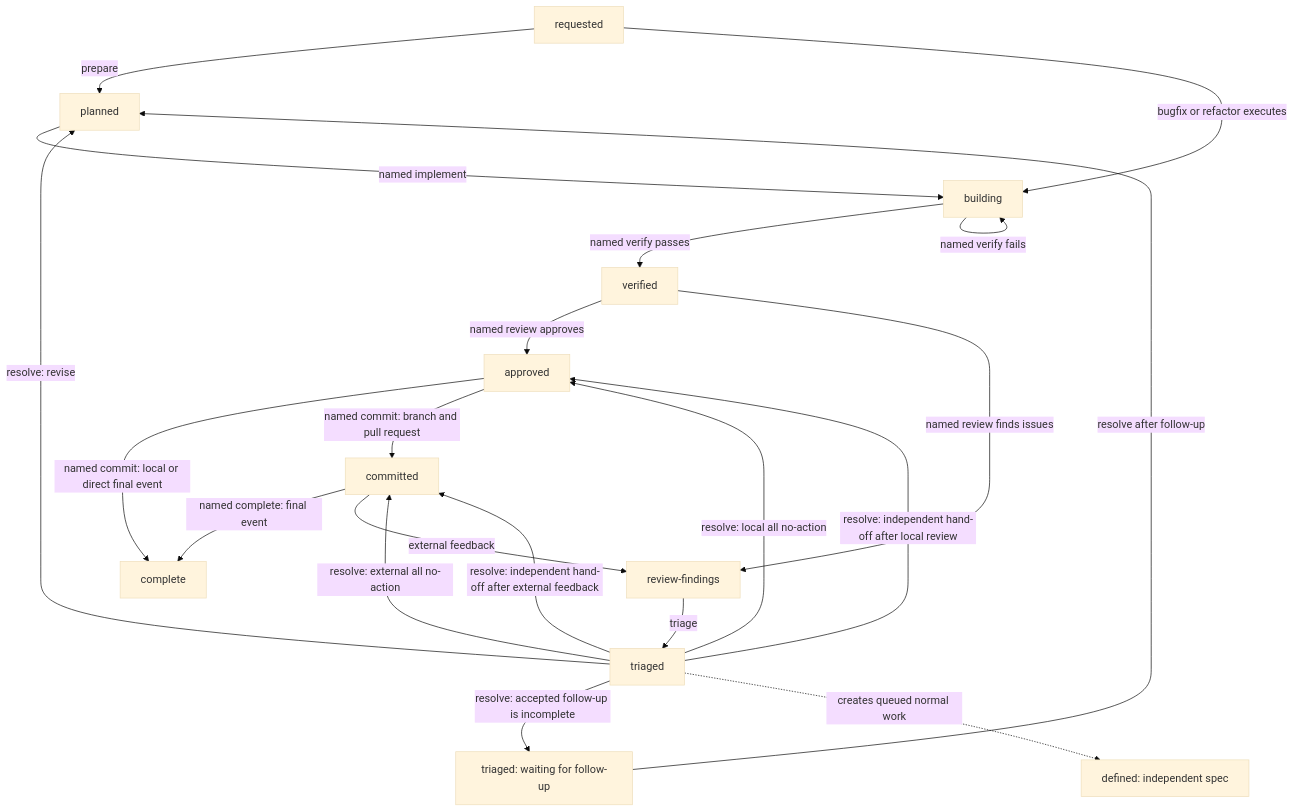
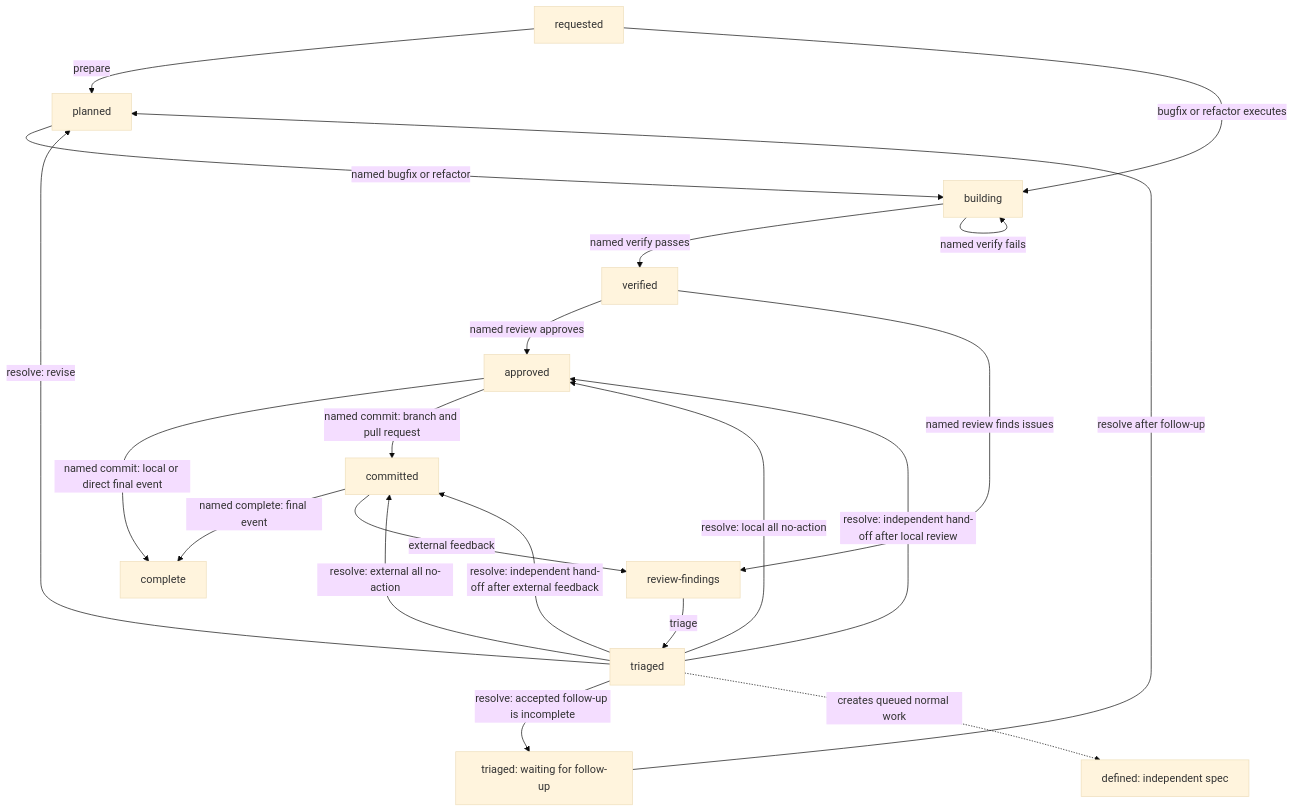
The second of 3 diagrams in LIFECYCLE.md (deeprave/specle), drawn with Mermaid (base theme) before and after one commit. The commit also changed other lines of this file and 55 other files, not shown here.

````diff
--- a/LIFECYCLE.md
+++ b/LIFECYCLE.md
@@ -103,23 +102,23 @@
 ```mermaid
 flowchart TB
   requested -->|prepare| planned
   requested -->|bugfix or refactor executes| building
-  planned -->|named implement| building
+  planned -->|named bugfix or refactor| building
   building -->|named verify passes| verified
   building -->|named verify fails| building
   verified -->|named review approves| approved
   approved -->|named commit: local or direct final event| complete[complete]
   approved -->|named commit: branch and pull request| committed
   committed -->|named complete: final event| complete
   committed -->|external feedback| review_findings
   verified -->|named review finds issues| review_findings[review-findings]
   review_findings -->|triage| triaged
   triaged -->|resolve: revise| planned
   triaged -->|resolve: accepted follow-up is incomplete| waiting[triaged: waiting for follow-up]
   waiting -->|resolve after follow-up| planned
   triaged -->|resolve: local all no-action| approved
   triaged -->|resolve: external all no-action| committed
   triaged -->|resolve: independent hand-off after local review| approved
   triaged -->|resolve: independent hand-off after external feedback| committed
   triaged -.->|creates queued normal work| queued_defined[defined: independent spec]
 ```
````
